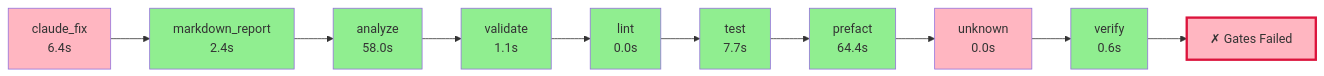
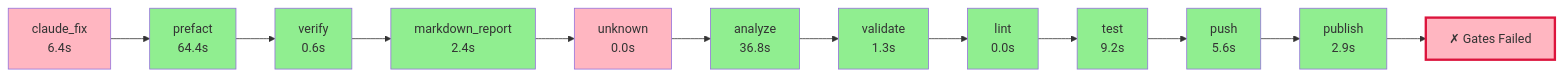
One commit to semcod/vallm changed the diagram in .pyqual/report.md. Above: the diagram before and after it, drawn with Mermaid. The commit also changed other lines of this file and 4 other files, not shown here.

````diff
--- a/.pyqual/report.md
+++ b/.pyqual/report.md
@@ -10,32 +10,38 @@
 ```mermaid
 flowchart LR
     S0["claude_fix<br/>6.4s"]
     style S0 fill:#FFB6C1
-    S1["markdown_report<br/>2.4s"]
+    S1["prefact<br/>64.4s"]
     style S1 fill:#90EE90
     S0 --> S1
-    S2["analyze<br/>58.0s"]
+    S2["verify<br/>0.6s"]
     style S2 fill:#90EE90
     S1 --> S2
-    S3["validate<br/>1.1s"]
+    S3["markdown_report<br/>2.4s"]
     style S3 fill:#90EE90
     S2 --> S3
-    S4["lint<br/>0.0s"]
-    style S4 fill:#90EE90
+    S4["unknown<br/>0.0s"]
+    style S4 fill:#FFB6C1
     S3 --> S4
-    S5["test<br/>7.7s"]
+    S5["analyze<br/>36.8s"]
     style S5 fill:#90EE90
     S4 --> S5
-    S6["prefact<br/>64.4s"]
+    S6["validate<br/>1.3s"]
     style S6 fill:#90EE90
     S5 --> S6
-    S7["unknown<br/>0.0s"]
-    style S7 fill:#FFB6C1
+    S7["lint<br/>0.0s"]
+    style S7 fill:#90EE90
     S6 --> S7
-    S8["verify<br/>0.6s"]
+    S8["test<br/>9.2s"]
     style S8 fill:#90EE90
     S7 --> S8
+    S9["push<br/>5.6s"]
+    style S9 fill:#90EE90
+    S8 --> S9
+    S10["publish<br/>2.9s"]
+    style S10 fill:#90EE90
+    S9 --> S10
     G["✗ Gates Failed"]
     style G fill:#FFB6C1,stroke:#DC143C,stroke-width:3px
-    S8 --> G
+    S10 --> G
 ```
````
